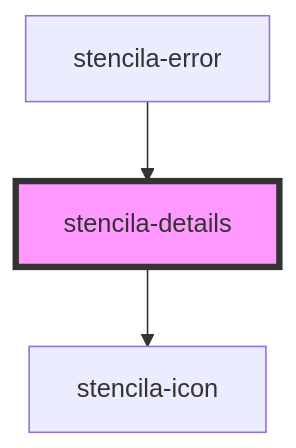
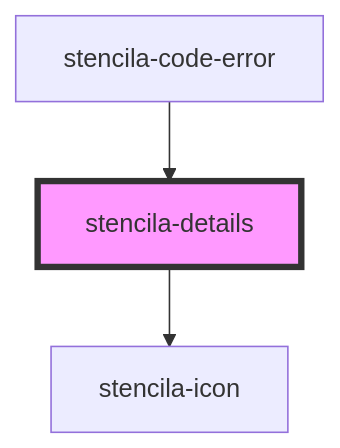
The diagram in packages/components/src/components/details/readme.md (stencila/designa), drawn with Mermaid before and after one commit. The commit also changed other lines of this file and 8 other files, not shown here.

````diff
--- a/packages/components/src/components/details/readme.md
+++ b/packages/components/src/components/details/readme.md
@@ -24,6 +24,6 @@
 ```mermaid
 graph TD;
   stencila-details --> stencila-icon
-  stencila-error --> stencila-details
+  stencila-code-error --> stencila-details
   style stencila-details fill:#f9f,stroke:#333,stroke-width:4px
 ```
````
